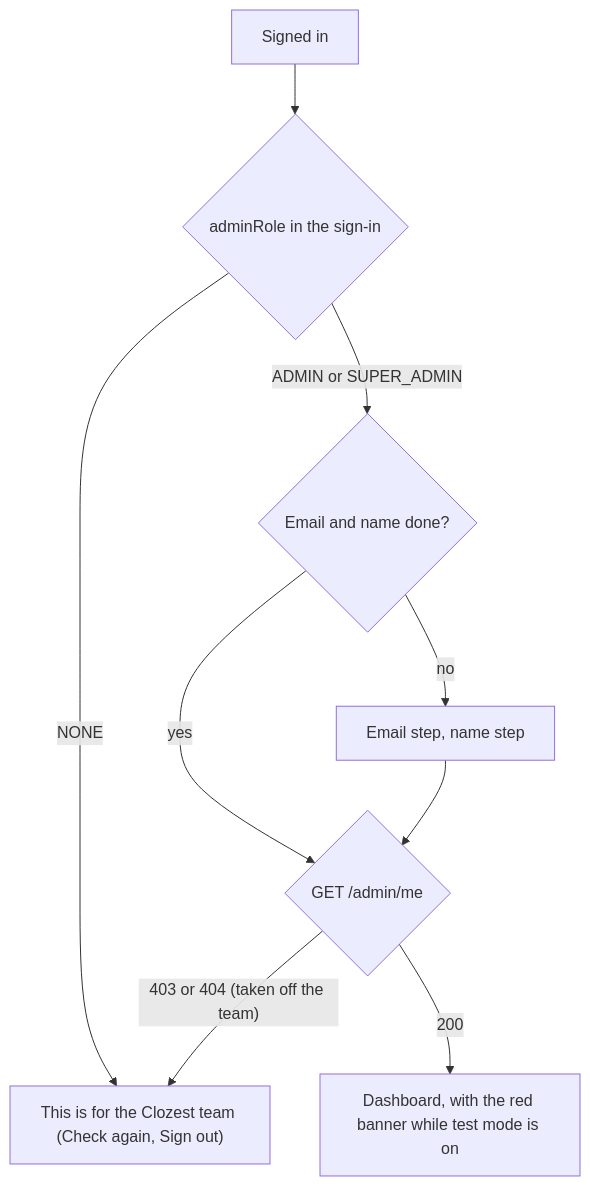
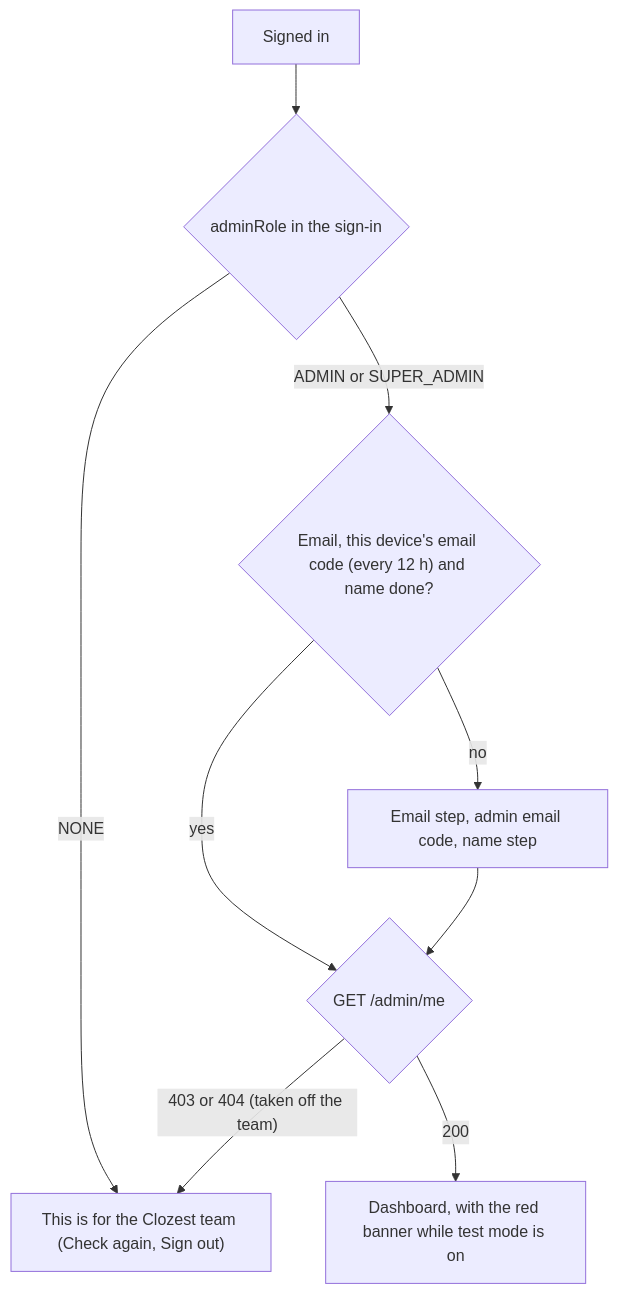
One commit to Premanshu-jha/apni-dukan-admin changed the first of 2 diagrams in README.md. Above: the diagram before and after it, drawn with Mermaid. The commit also changed other lines of this file and 3 other files, not shown here.

````diff
--- a/README.md
+++ b/README.md
@@ -93,11 +93,11 @@
 ```mermaid
 flowchart TD
   A["Signed in"] --> B{"adminRole in the sign-in"}
   B -- "NONE" --> N["This is for the Clozest team (Check again, Sign out)"]
-  B -- "ADMIN or SUPER_ADMIN" --> C{"Email and name done?"}
-  C -- "no" --> W["Email step, name step"]
+  B -- "ADMIN or SUPER_ADMIN" --> C{"Email, this device's email code (every 12 h) and name done?"}
+  C -- "no" --> W["Email step, admin email code, name step"]
   C -- "yes" --> D{"GET /admin/me"}
   W --> D
   D -- "403 or 404 (taken off the team)" --> N
   D -- "200" --> E["Dashboard, with the red banner while test mode is on"]
 ```
````
